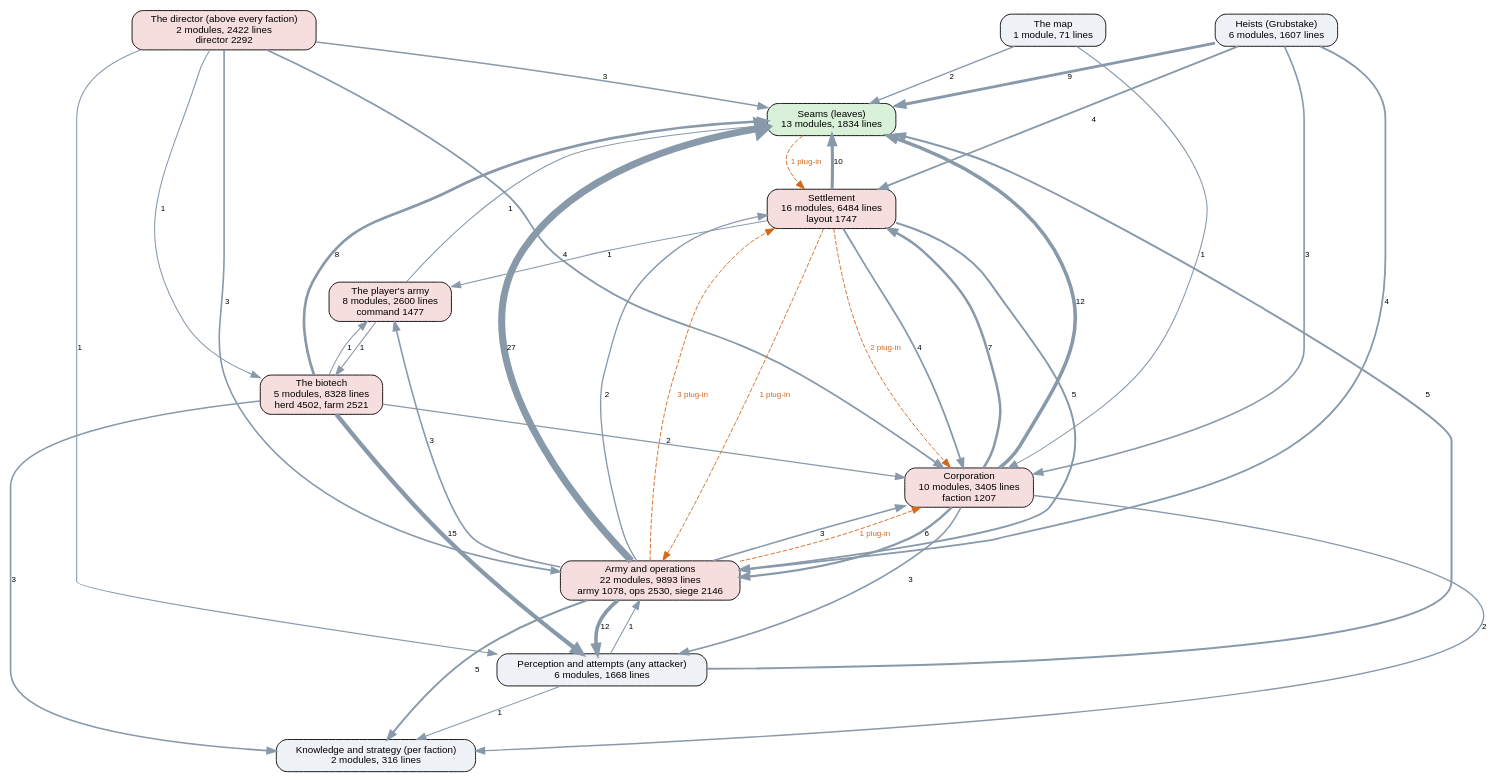
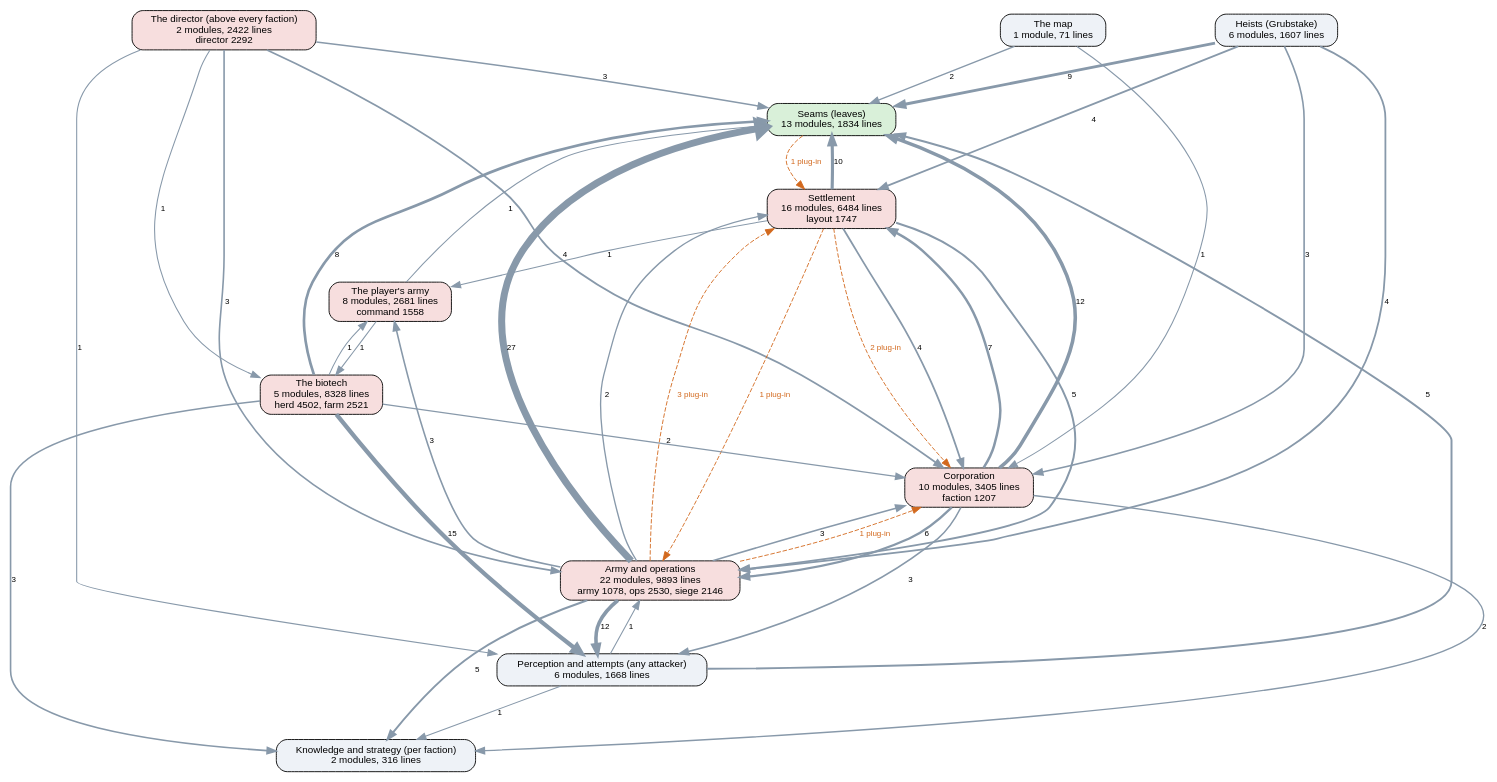
The diagram in docs/ai-layers.dot (kinelhu/landing-party), drawn with Graphviz before and after one commit. The commit also changed 17 other files, not shown here.

```diff
--- a/docs/ai-layers.dot
+++ b/docs/ai-layers.dot
@@ -1,57 +1,57 @@
 digraph layers {
   graph [rankdir=TB, fontname="Helvetica", nodesep=0.5, ranksep=0.7];
   node [shape=box, style="rounded,filled", fontname="Helvetica", fontsize=11, fillcolor="#eef2f7"];
   edge [color="#8899aa", fontname="Helvetica", fontsize=9];
   "Seams (leaves)" [label="Seams (leaves)\n13 modules, 1834 lines", fillcolor="#d9f0d9"];
   "Perception and attempts (any attacker)" [label="Perception and attempts (any attacker)\n6 modules, 1668 lines", fillcolor="#eef2f7"];
   "Knowledge and strategy (per faction)" [label="Knowledge and strategy (per faction)\n2 modules, 316 lines", fillcolor="#eef2f7"];
   "The director (above every faction)" [label="The director (above every faction)\n2 modules, 2422 lines\ndirector 2292", fillcolor="#f7dede"];
   "Corporation" [label="Corporation\n10 modules, 3405 lines\nfaction 1207", fillcolor="#f7dede"];
   "Settlement" [label="Settlement\n16 modules, 6484 lines\nlayout 1747", fillcolor="#f7dede"];
   "Army and operations" [label="Army and operations\n22 modules, 9893 lines\narmy 1078, ops 2530, siege 2146", fillcolor="#f7dede"];
   "Heists (Grubstake)" [label="Heists (Grubstake)\n6 modules, 1607 lines", fillcolor="#eef2f7"];
   "The biotech" [label="The biotech\n5 modules, 8328 lines\nherd 4502, farm 2521", fillcolor="#f7dede"];
   "The map" [label="The map\n1 module, 71 lines", fillcolor="#eef2f7"];
-  "The player's army" [label="The player's army\n8 modules, 2600 lines\ncommand 1477", fillcolor="#f7dede"];
+  "The player's army" [label="The player's army\n8 modules, 2681 lines\ncommand 1558", fillcolor="#f7dede"];
   "Army and operations" -> "Corporation" [label="3", penwidth=1.8];
   "Army and operations" -> "Knowledge and strategy (per faction)" [label="5", penwidth=2.2];
   "Army and operations" -> "Perception and attempts (any attacker)" [label="12", penwidth=4.0];
   "Army and operations" -> "Seams (leaves)" [label="27", penwidth=7.8];
   "Army and operations" -> "Settlement" [label="2", penwidth=1.5];
   "Army and operations" -> "The player's army" [label="3", penwidth=1.8];
   "Corporation" -> "Army and operations" [label="6", penwidth=2.5];
   "Corporation" -> "Knowledge and strategy (per faction)" [label="2", penwidth=1.5];
   "Corporation" -> "Perception and attempts (any attacker)" [label="3", penwidth=1.8];
   "Corporation" -> "Seams (leaves)" [label="12", penwidth=4.0];
   "Corporation" -> "Settlement" [label="7", penwidth=2.8];
   "Heists (Grubstake)" -> "Army and operations" [label="4", penwidth=2.0];
   "Heists (Grubstake)" -> "Corporation" [label="3", penwidth=1.8];
   "Heists (Grubstake)" -> "Seams (leaves)" [label="9", penwidth=3.2];
   "Heists (Grubstake)" -> "Settlement" [label="4", penwidth=2.0];
   "Perception and attempts (any attacker)" -> "Army and operations" [label="1", penwidth=1.2];
   "Perception and attempts (any attacker)" -> "Knowledge and strategy (per faction)" [label="1", penwidth=1.2];
   "Perception and attempts (any attacker)" -> "Seams (leaves)" [label="5", penwidth=2.2];
   "Settlement" -> "Army and operations" [label="5", penwidth=2.2];
   "Settlement" -> "Corporation" [label="4", penwidth=2.0];
   "Settlement" -> "Seams (leaves)" [label="10", penwidth=3.5];
   "Settlement" -> "The player's army" [label="1", penwidth=1.2];
   "The biotech" -> "Corporation" [label="2", penwidth=1.5];
   "The biotech" -> "Knowledge and strategy (per faction)" [label="3", penwidth=1.8];
   "The biotech" -> "Perception and attempts (any attacker)" [label="15", penwidth=4.8];
   "The biotech" -> "Seams (leaves)" [label="8", penwidth=3.0];
   "The biotech" -> "The player's army" [label="1", penwidth=1.2];
   "The director (above every faction)" -> "Army and operations" [label="3", penwidth=1.8];
   "The director (above every faction)" -> "Corporation" [label="4", penwidth=2.0];
   "The director (above every faction)" -> "Perception and attempts (any attacker)" [label="1", penwidth=1.2];
   "The director (above every faction)" -> "Seams (leaves)" [label="3", penwidth=1.8];
   "The director (above every faction)" -> "The biotech" [label="1", penwidth=1.2];
   "The map" -> "Corporation" [label="1", penwidth=1.2];
   "The map" -> "Seams (leaves)" [label="2", penwidth=1.5];
   "The player's army" -> "Seams (leaves)" [label="1", penwidth=1.2];
   "The player's army" -> "The biotech" [label="1", penwidth=1.2];
   "Army and operations" -> "Corporation" [style=dashed, color="#d2691e", fontcolor="#d2691e", label="1 plug-in"];
   "Army and operations" -> "Settlement" [style=dashed, color="#d2691e", fontcolor="#d2691e", label="3 plug-in"];
   "Seams (leaves)" -> "Settlement" [style=dashed, color="#d2691e", fontcolor="#d2691e", label="1 plug-in"];
   "Settlement" -> "Army and operations" [style=dashed, color="#d2691e", fontcolor="#d2691e", label="1 plug-in"];
   "Settlement" -> "Corporation" [style=dashed, color="#d2691e", fontcolor="#d2691e", label="2 plug-in"];
 }
```
